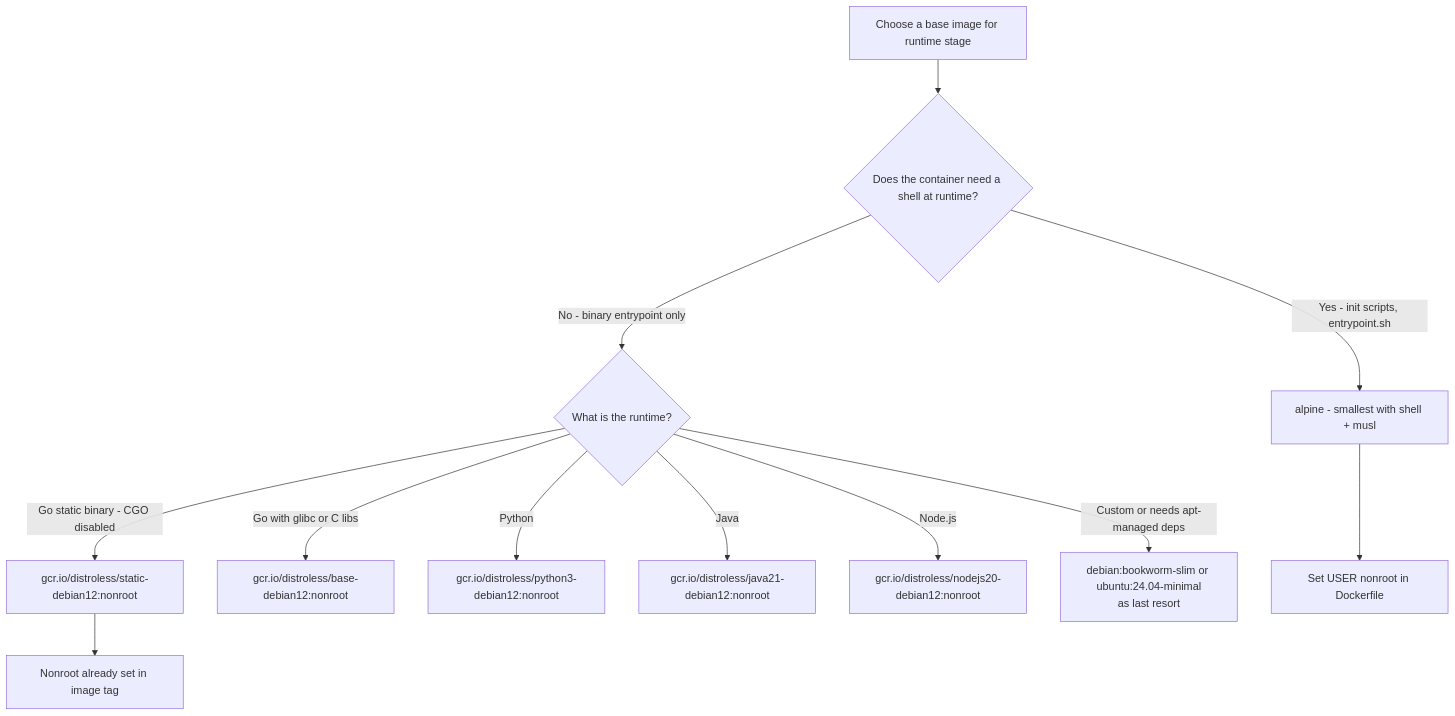
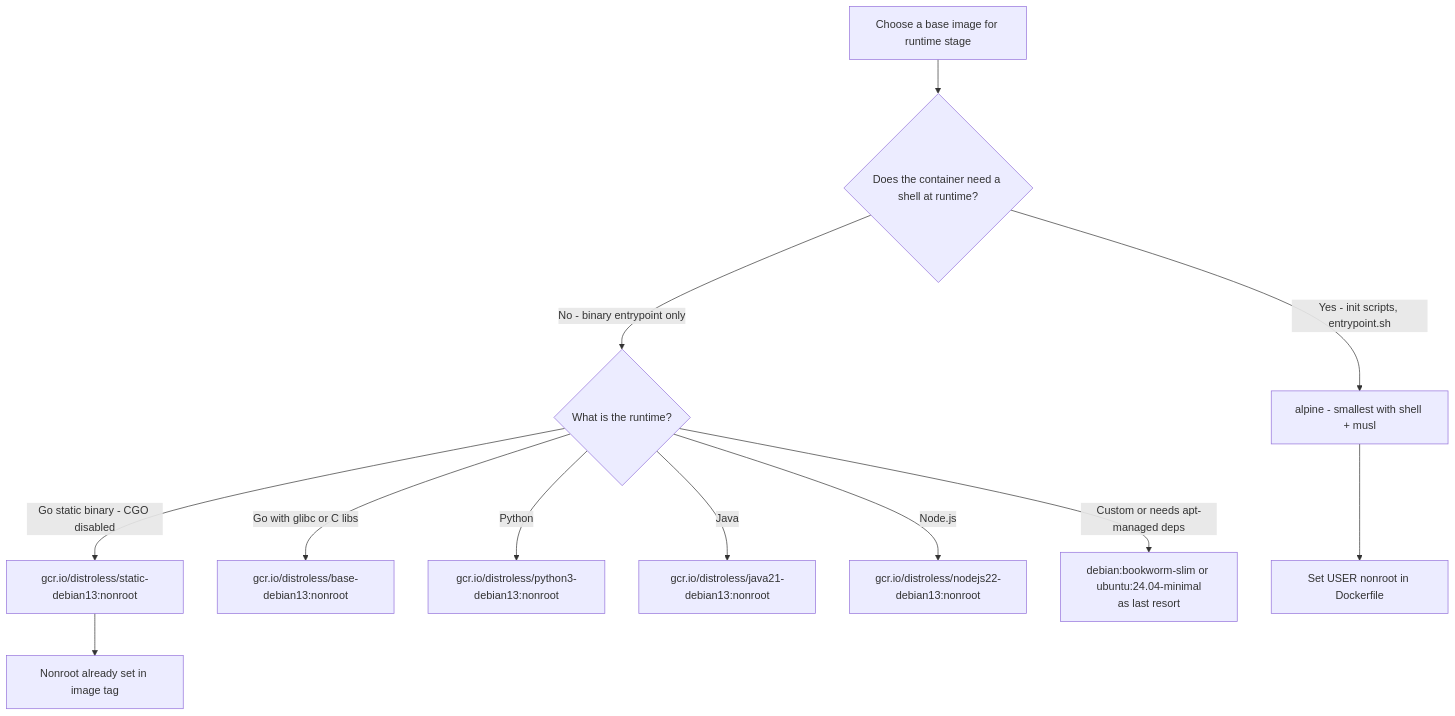
The sixth of 8 diagrams in plugins/cloud-native-kubernetes/knowledge/cloud-native-kubernetes-decision-trees.md (mcorbett51090/RavenClaude), drawn with Mermaid before and after one commit. The commit also changed other lines of this file and 26 other files, not shown here.

````diff
--- a/plugins/cloud-native-kubernetes/knowledge/cloud-native-kubernetes-decision-trees.md
+++ b/plugins/cloud-native-kubernetes/knowledge/cloud-native-kubernetes-decision-trees.md
@@ -120,14 +120,14 @@
 ```mermaid
 flowchart TD
     START[Choose a base image for runtime stage] --> SHELL{Does the container need a shell at runtime?}
     SHELL -->|Yes - init scripts, entrypoint.sh| ALPINE[alpine - smallest with shell + musl]
     SHELL -->|No - binary entrypoint only| RUNTIME{What is the runtime?}
-    RUNTIME -->|Go static binary - CGO disabled| STATIC[gcr.io/distroless/static-debian12:nonroot]
-    RUNTIME -->|Go with glibc or C libs| BASE[gcr.io/distroless/base-debian12:nonroot]
-    RUNTIME -->|Python| PYTHON[gcr.io/distroless/python3-debian12:nonroot]
-    RUNTIME -->|Java| JAVA[gcr.io/distroless/java21-debian12:nonroot]
-    RUNTIME -->|Node.js| NODE[gcr.io/distroless/nodejs20-debian12:nonroot]
+    RUNTIME -->|Go static binary - CGO disabled| STATIC[gcr.io/distroless/static-debian13:nonroot]
+    RUNTIME -->|Go with glibc or C libs| BASE[gcr.io/distroless/base-debian13:nonroot]
+    RUNTIME -->|Python| PYTHON[gcr.io/distroless/python3-debian13:nonroot]
+    RUNTIME -->|Java| JAVA[gcr.io/distroless/java21-debian13:nonroot]
+    RUNTIME -->|Node.js| NODE[gcr.io/distroless/nodejs22-debian13:nonroot]
     RUNTIME -->|Custom or needs apt-managed deps| SLIM[debian:bookworm-slim or ubuntu:24.04-minimal<br/>as last resort]
     ALPINE --> NONROOT[Set USER nonroot in Dockerfile]
     STATIC --> DONE[Nonroot already set in image tag]
 ```
````
